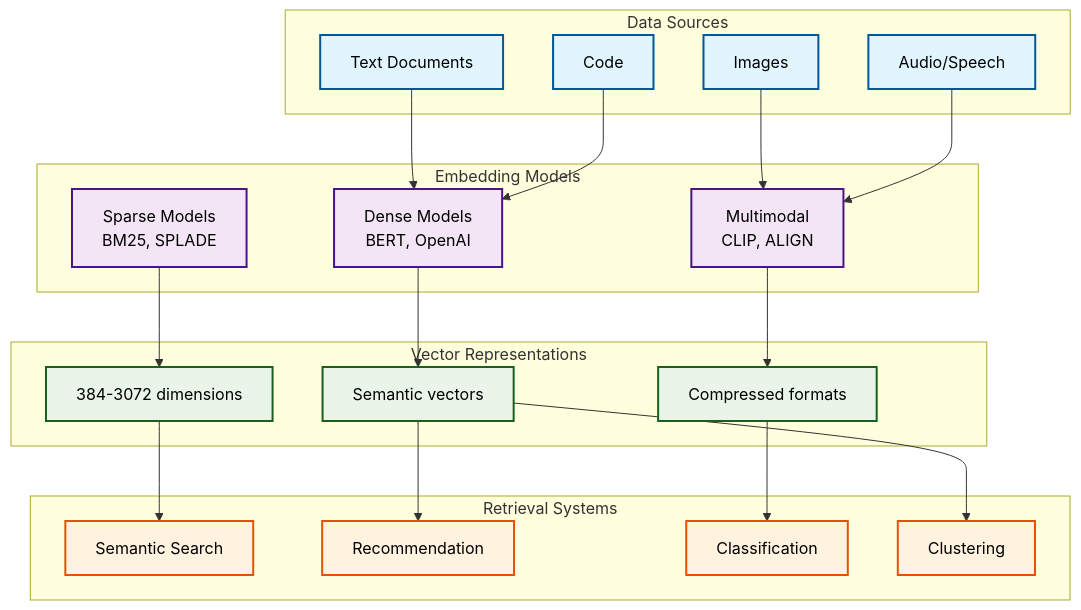
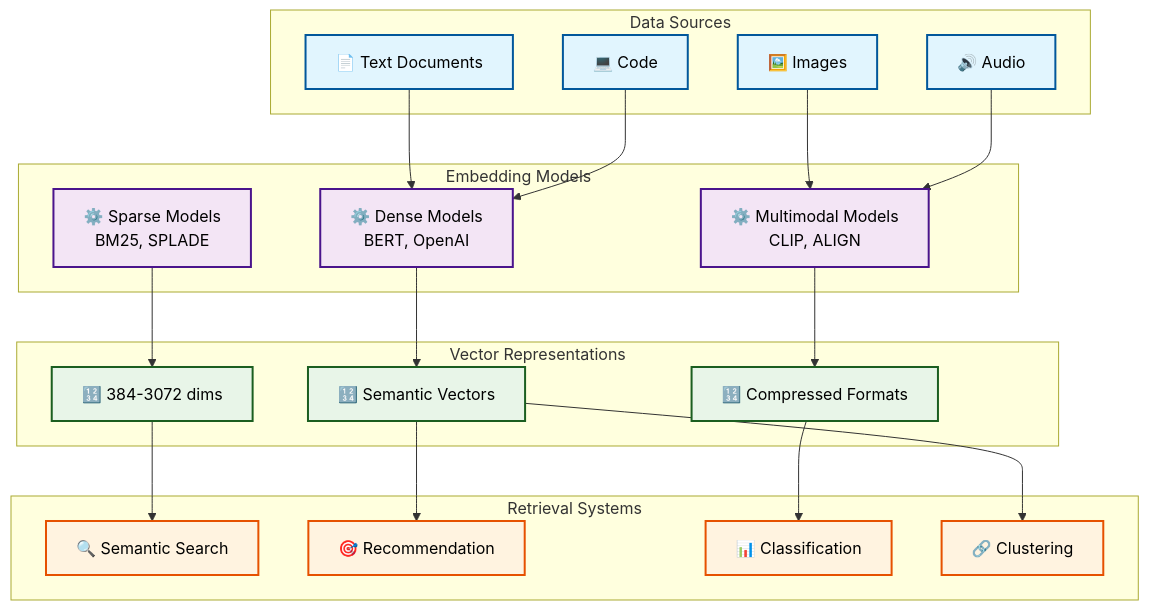
Before and after one commit to raphaelmansuy/tutorials: the first of 2 diagrams in 32_embeddings/01_introduction.md, drawn with Mermaid. The commit also changed other lines of this file and 6 other files, not shown here.

````diff
--- a/32_embeddings/01_introduction.md
+++ b/32_embeddings/01_introduction.md
@@ -30,52 +30,48 @@
 ```mermaid
 flowchart TD
     %% Data Sources
     subgraph "Data Sources"
-        A1[Text Documents]
-        A2[Images]
-        A3[Audio/Speech]
-        A4[Code]
+        A1[📄 Text Documents]
+        A2[🖼️ Images]
+        A3[🔊 Audio]
+        A4[💻 Code]
     end
     %% Embedding Models
     subgraph "Embedding Models"
-        B1[Dense Models\nBERT, OpenAI]
-        B2[Sparse Models\nBM25, SPLADE]
-        B3[Multimodal\nCLIP, ALIGN]
+        B1[⚙️ Dense Models<br/>BERT, OpenAI]
+        B2[⚙️ Sparse Models<br/>BM25, SPLADE]
+        B3[⚙️ Multimodal Models<br/>CLIP, ALIGN]
     end
     %% Vector Representations
     subgraph "Vector Representations"
-        C1[384-3072 dimensions]
-        C2[Semantic vectors]
-        C3[Compressed formats]
+        C1[🔢 384-3072 dims]
+        C2[🔢 Semantic Vectors]
+        C3[🔢 Compressed Formats]
     end
     %% Retrieval Systems
     subgraph "Retrieval Systems"
-        D1[Semantic Search]
-        D2[Recommendation]
-        D3[Classification]
-        D4[Clustering]
+        D1[🔍 Semantic Search]
+        D2[🎯 Recommendation]
+        D3[📊 Classification]
+        D4[🔗 Clustering]
     end
-
-    %% Connections
     A1 --> B1
     A2 --> B3
     A3 --> B3
     A4 --> B1
     B1 --> C2
     B2 --> C1
     B3 --> C3
     C1 --> D1
     C2 --> D2
     C3 --> D3
     C2 --> D4
-
-    %% Styles
     classDef source fill:#e1f5fe,stroke:#01579b,stroke-width:2px,color:#000;
     classDef model fill:#f3e5f5,stroke:#4a148c,stroke-width:2px,color:#000;
     classDef vector fill:#e8f5e8,stroke:#1b5e20,stroke-width:2px,color:#000;
     classDef retrieval fill:#fff3e0,stroke:#e65100,stroke-width:2px,color:#000;
     class A1,A2,A3,A4 source;
     class B1,B2,B3 model;
     class C1,C2,C3 vector;
     class D1,D2,D3,D4 retrieval;
 ```
````
